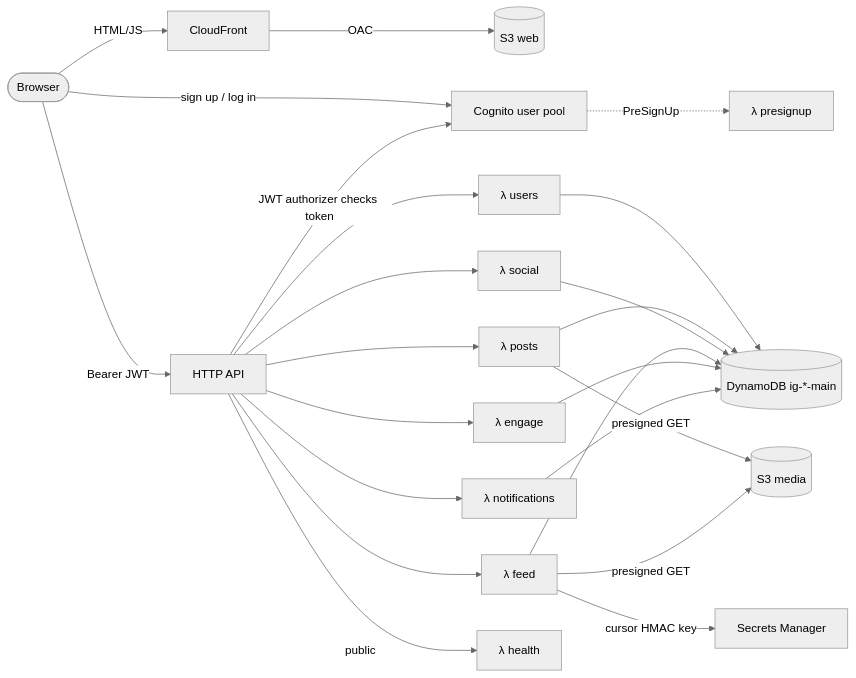
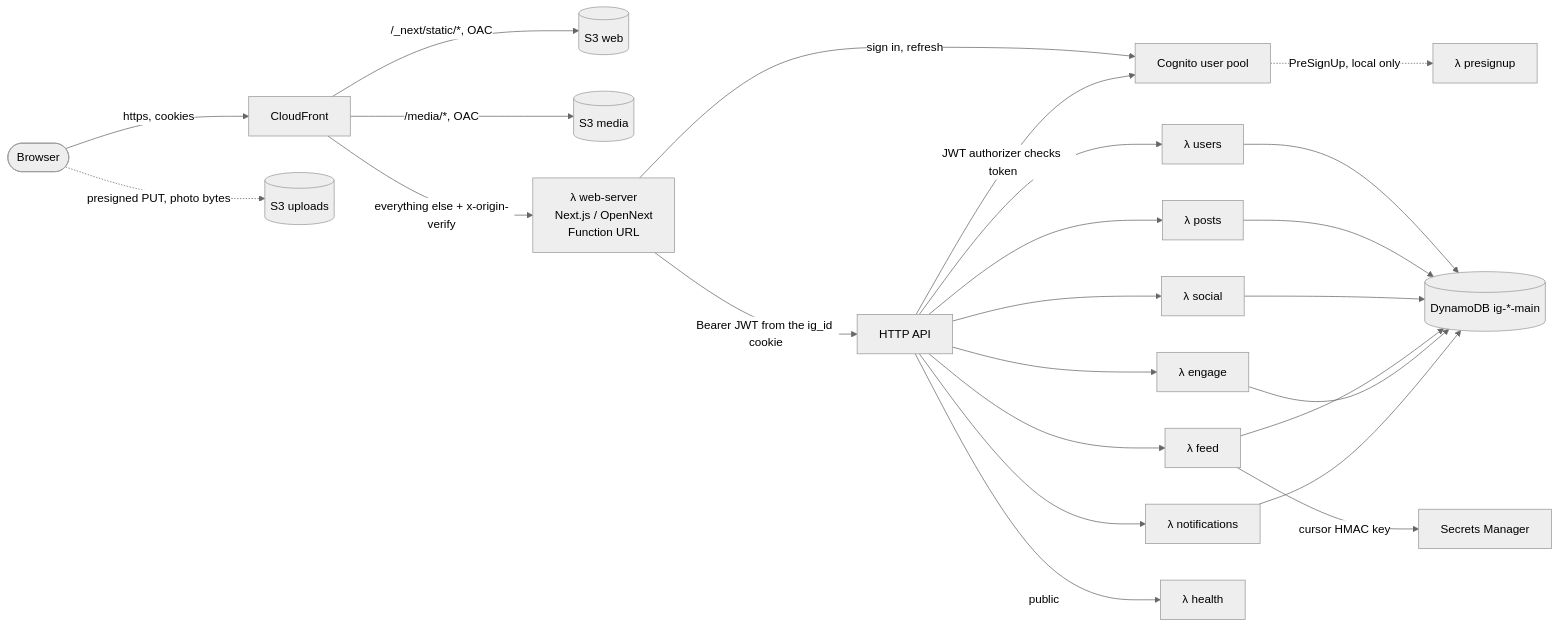
Before and after one commit to Am4nn/aws-instagram-lite: the first of 4 diagrams in docs/learn/architecture.md, drawn with Mermaid (neutral theme). The commit also changed other lines of this file and 6 other files, not shown here.

First line of the commit message:
docs: step 9 SSR explainer, study list, architecture (17/16 Lambdas, new request path), Floci gaps, notes section 10

````diff
--- a/docs/learn/architecture.md
+++ b/docs/learn/architecture.md
@@ -8,14 +12,16 @@
 ```mermaid
 flowchart LR
-  B([Browser])
-  B -->|HTML/JS| CF[CloudFront] -->|OAC| WEB[(S3 web)]
-  B -->|sign up / log in| COG[Cognito user pool]
-  COG -.->|PreSignUp| PSU[λ presignup]
-  B -->|Bearer JWT| API[HTTP API]
+  B([Browser]) -->|https, cookies| CF[CloudFront]
+  CF -->|/_next/static/*, OAC| WEB[(S3 web)]
+  CF -->|/media/*, OAC| MEDIA[(S3 media)]
+  CF -->|"everything else + x-origin-verify"| SSR[λ web-server<br/>Next.js / OpenNext<br/>Function URL]
+  SSR -->|sign in, refresh| COG[Cognito user pool]
+  COG -.->|PreSignUp, local only| PSU[λ presignup]
+  SSR -->|Bearer JWT from the ig_id cookie| API[HTTP API]
   API -->|JWT authorizer checks token| COG
   API --> USERS[λ users] & POSTS[λ posts] & SOCIAL[λ social] & FEED[λ feed] & ENGAGE[λ engage] & NOTIFS[λ notifications]
   API -->|public| HEALTH[λ health]
   USERS & POSTS & SOCIAL & FEED & ENGAGE & NOTIFS --> DDB[(DynamoDB ig-*-main)]
   FEED -->|cursor HMAC key| SM[Secrets Manager]
-  POSTS & FEED -->|presigned GET| MEDIA[(S3 media)]
+  B -.->|presigned PUT, photo bytes| UP[(S3 uploads)]
 ```
````
